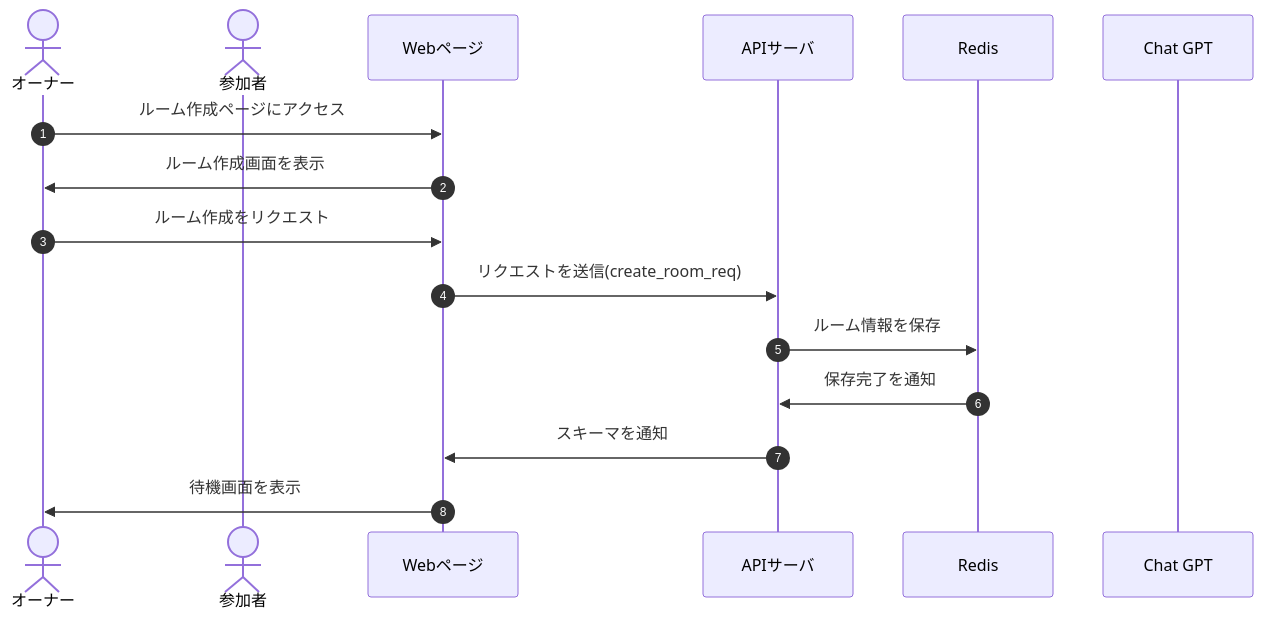
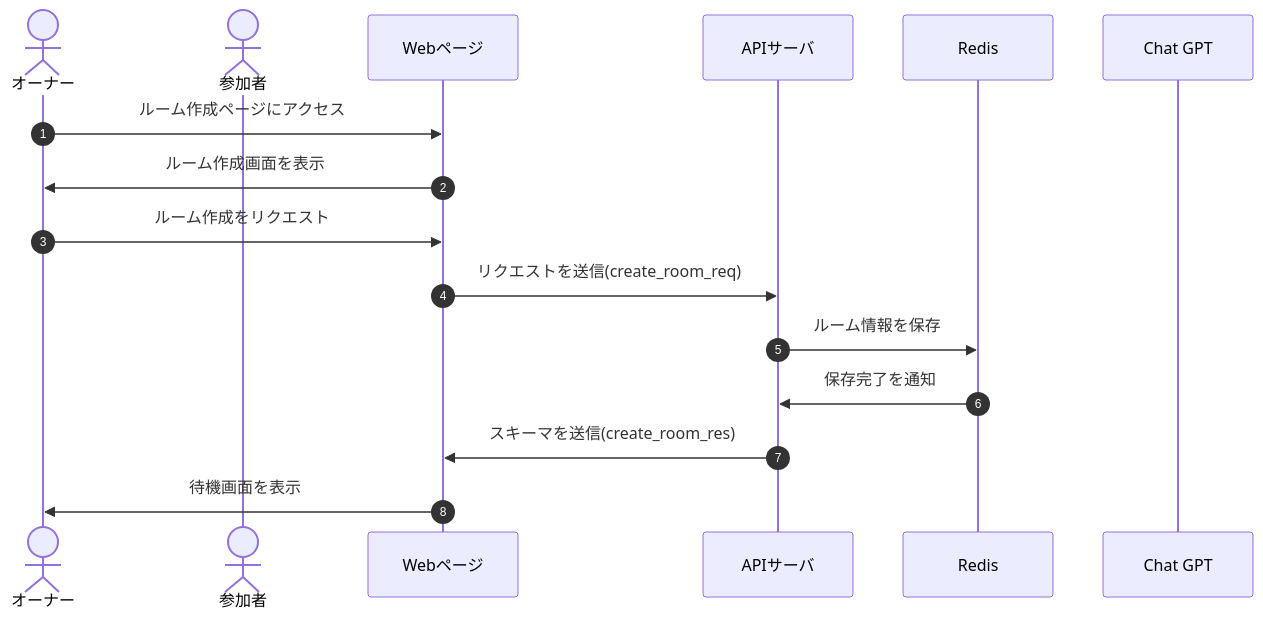
One commit to Tanakaryuki/chat_wolf changed the diagram in docs/DesignDog/01_ルーム作成.md. Above: the diagram before and after it, drawn with Mermaid. The commit also changed other lines of this file and 29 other files, not shown here.

````diff
--- a/docs/DesignDog/01_ルーム作成.md
+++ b/docs/DesignDog/01_ルーム作成.md
@@ -16,19 +16,19 @@
 ```mermaid
 sequenceDiagram
     autonumber
     actor owner as オーナー
     actor participant as 参加者
     participant front as Webページ
     participant api as APIサーバ
     participant db as Redis
     participant ai as Chat GPT
 
     owner->>front: ルーム作成ページにアクセス
     front->>owner: ルーム作成画面を表示
     owner->>front: ルーム作成をリクエスト
     front->>api: リクエストを送信(create_room_req)
     api->>db: ルーム情報を保存
     db->>api: 保存完了を通知
-    api->>front: スキーマを通知
+    api->>front: スキーマを送信(create_room_res)
     front->>owner: 待機画面を表示
 ```
````
